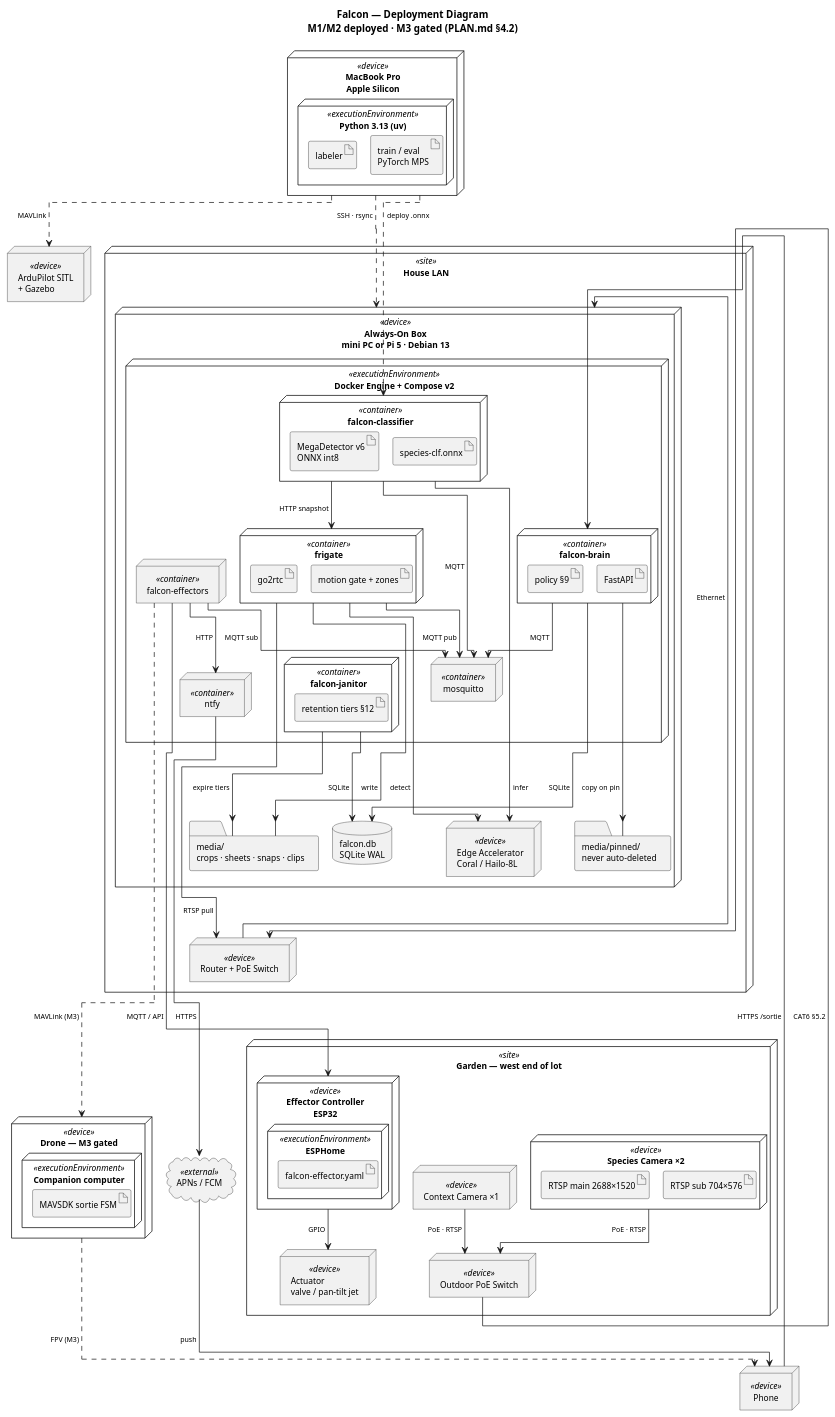
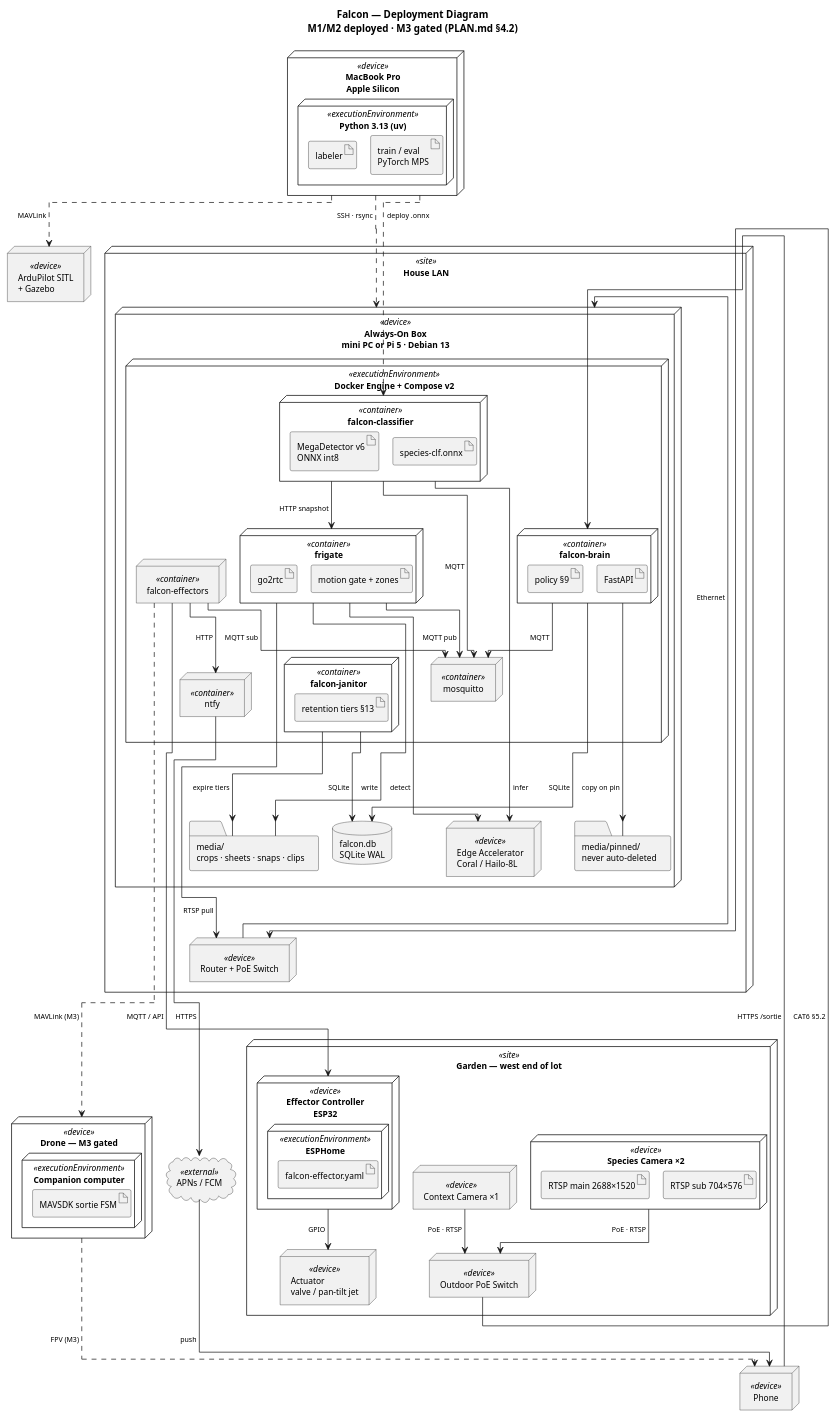
Before and after one commit to ronstarling9/falcon: the diagram in docs/deployment.puml, drawn with PlantUML. The commit also changed 6 other files, not shown here.

```diff
--- a/docs/deployment.puml
+++ b/docs/deployment.puml
@@ -1,120 +1,120 @@
 @startuml falcon-deployment
 ' Falcon — UML Deployment Diagram
 ' Canonical source. Render: plantuml -tsvg docs/deployment.puml
 ' Protocol/port detail lives in DEPLOYMENT.md; edge labels here stay terse
 ' so graphviz can lay the graph out legibly.
 
 title Falcon — Deployment Diagram\nM1/M2 deployed · M3 gated (PLAN.md §4.2)
 
 !pragma layout elk
 skinparam shadowing false
 skinparam nodesep 12
 skinparam ranksep 28
 skinparam defaultFontSize 12
 skinparam ArrowFontSize 10
 
 '=========================== GARDEN ===========================
 node "Garden — west end of lot" <<site>> {
   node "Species Camera ×2" <<device>> as CAM {
     artifact "RTSP main 2688×1520" as A_MAIN
     artifact "RTSP sub 704×576" as A_SUB
   }
   node "Context Camera ×1" <<device>> as CAMW
   node "Outdoor PoE Switch" <<device>> as SW_YARD
   node "Effector Controller\nESP32" <<device>> as ESP {
     node "ESPHome" <<executionEnvironment>> {
       artifact "falcon-effector.yaml" as A_ESP
     }
   }
   node "Actuator\nvalve / pan-tilt jet" <<device>> as ACT
 }
 
 '=========================== HOUSE LAN ===========================
 node "House LAN" <<site>> {
   node "Router + PoE Switch" <<device>> as SW_HOUSE
 
   node "Always-On Box\nmini PC or Pi 5 · Debian 13" <<device>> as BOX {
     node "Edge Accelerator\nCoral / Hailo-8L" <<device>> as TPU
     database "falcon.db\nSQLite WAL" as DB
     folder "media/\ncrops · sheets · snaps · clips" as MEDIA
     folder "media/pinned/\nnever auto-deleted" as PINNED
 
     node "Docker Engine + Compose v2" <<executionEnvironment>> as DOCKER {
       node "frigate" <<container>> as C_FRIGATE {
         artifact "go2rtc" as A_G2R
         artifact "motion gate + zones" as A_ZONE
       }
       node "mosquitto" <<container>> as C_MQTT
       node "falcon-classifier" <<container>> as C_CLS {
         artifact "MegaDetector v6\nONNX int8" as A_MD
         artifact "species-clf.onnx" as A_SPC
       }
       node "falcon-brain" <<container>> as C_BRAIN {
         artifact "policy §9" as A_POL
         artifact "FastAPI" as A_API
       }
       node "falcon-effectors" <<container>> as C_EFF
       node "falcon-janitor" <<container>> as C_JAN {
-        artifact "retention tiers §12" as A_JAN
+        artifact "retention tiers §13" as A_JAN
       }
       node "ntfy" <<container>> as C_NTFY
     }
   }
 }
 
 '=========================== OFF-LAN ===========================
 node "MacBook Pro\nApple Silicon" <<device>> as MAC {
   node "Python 3.13 (uv)" <<executionEnvironment>> {
     artifact "labeler" as A_LBL
     artifact "train / eval\nPyTorch MPS" as A_TRAIN
   }
 }
 node "Phone" <<device>> as PHONE
 cloud "APNs / FCM" <<external>> as PUSH
 
 '=========================== M3 (GATED) ===========================
 node "Drone — M3 gated" <<device>> as DRONE {
   node "Companion computer" <<executionEnvironment>> {
     artifact "MAVSDK sortie FSM" as A_SORTIE
   }
 }
 node "ArduPilot SITL\n+ Gazebo" <<device>> as SITL
 
 '=========================== PATHS ===========================
 CAM     --> SW_YARD  : "PoE · RTSP"
 CAMW    --> SW_YARD  : "PoE · RTSP"
 SW_YARD --> SW_HOUSE : "CAT6 §5.2"
 SW_HOUSE --> BOX     : "Ethernet"
 
 C_FRIGATE --> SW_HOUSE : "RTSP pull"
 C_FRIGATE --> TPU      : "detect"
 C_FRIGATE --> C_MQTT   : "MQTT pub"
 C_FRIGATE --> MEDIA    : "write"
 
 C_CLS --> C_MQTT    : "MQTT"
 C_CLS --> C_FRIGATE : "HTTP snapshot"
 C_CLS --> TPU       : "infer"
 
 C_BRAIN --> C_MQTT : "MQTT"
 C_BRAIN --> DB     : "SQLite"
 C_BRAIN --> PINNED : "copy on pin"
 C_JAN   --> MEDIA  : "expire tiers"
 C_JAN   --> DB     : "SQLite"
 
 C_EFF --> C_MQTT : "MQTT sub"
 C_EFF --> ESP    : "MQTT / API"
 C_EFF --> C_NTFY : "HTTP"
 ESP   --> ACT    : "GPIO"
 
 C_NTFY --> PUSH    : "HTTPS"
 PUSH   --> PHONE   : "push"
 PHONE  --> C_BRAIN : "HTTPS /sortie"
 
 MAC ..> BOX   : "SSH · rsync"
 MAC ..> C_CLS : "deploy .onnx"
 MAC ..> SITL  : "MAVLink"
 
 C_EFF ..> DRONE : "MAVLink (M3)"
 DRONE ..> PHONE : "FPV (M3)"
 
 @enduml
```
